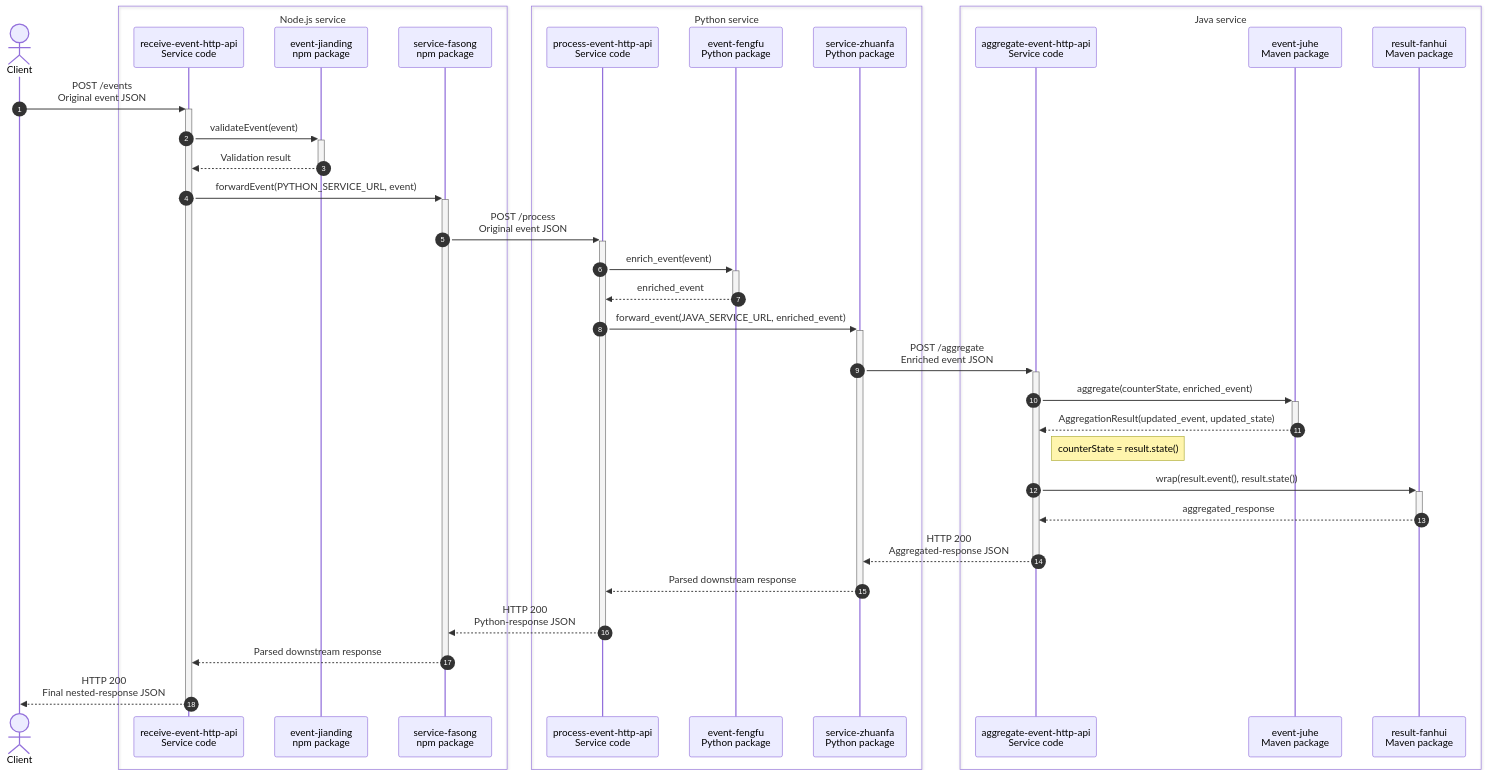
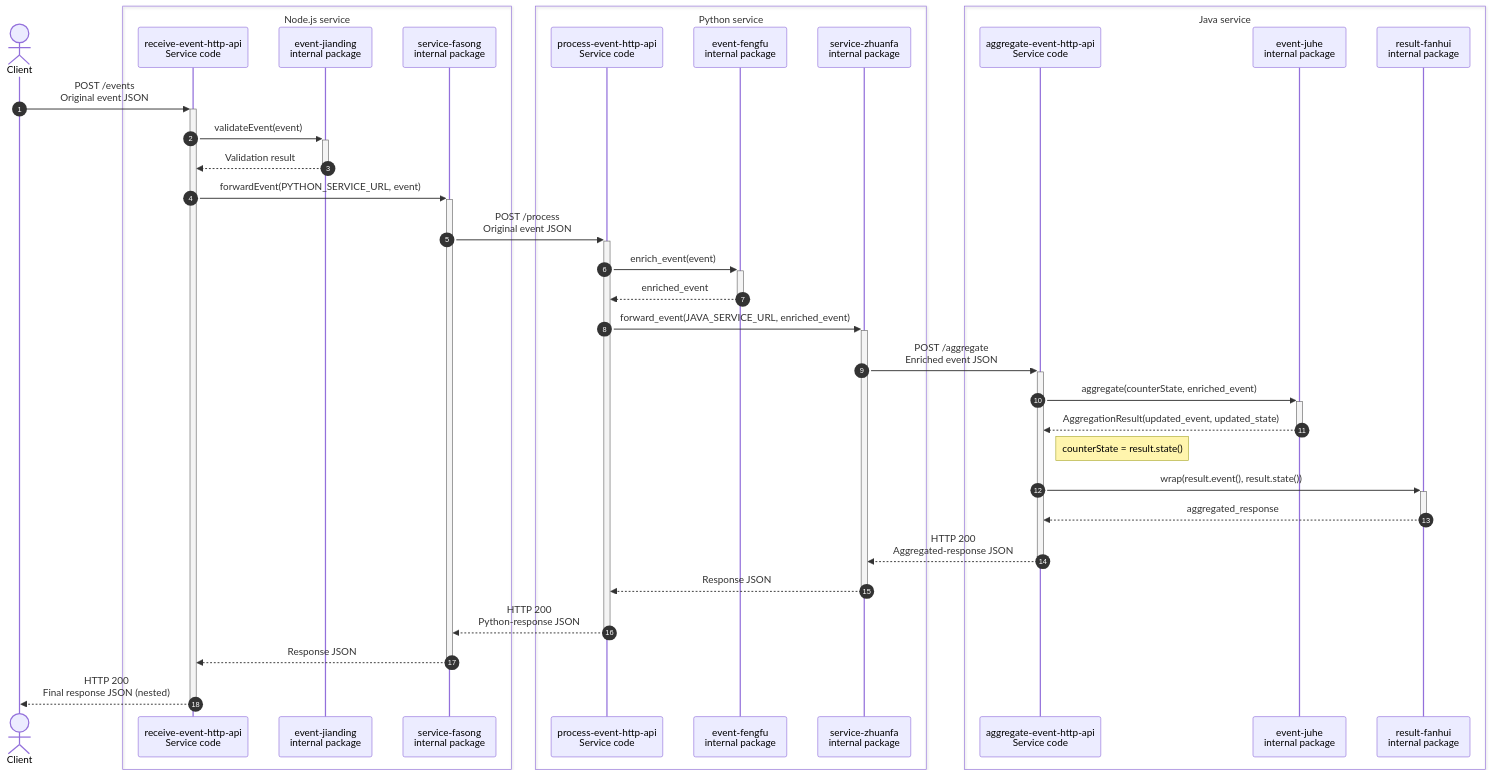
The diagram in sequence_diagram_code.mmd (shirley1997/MS_test_system), drawn with Mermaid before and after one commit.

Commit message:
update the sequence diagram

```diff
--- a/sequence_diagram_code.mmd
+++ b/sequence_diagram_code.mmd
@@ -1,51 +1,51 @@
 sequenceDiagram
     autonumber
     actor Client
 
     box Node.js service
         participant Node as receive-event-http-api<br/>Service code
-        participant Validate as event-jianding<br/>npm package
-        participant NodeForward as service-fasong<br/>npm package
+        participant Validate as event-jianding<br/>internal package
+        participant NodeForward as service-fasong<br/>internal package
     end
 
     box Python service
         participant Python as process-event-http-api<br/>Service code
-        participant Enrich as event-fengfu<br/>Python package
-        participant PyForward as service-zhuanfa<br/>Python package
+        participant Enrich as event-fengfu<br/>internal package
+        participant PyForward as service-zhuanfa<br/>internal package
     end
 
     box Java service
         participant Java as aggregate-event-http-api<br/>Service code
-        participant Aggregate as event-juhe<br/>Maven package
-        participant Response as result-fanhui<br/>Maven package
+        participant Aggregate as event-juhe<br/>internal package
+        participant Response as result-fanhui<br/>internal package
     end
 
     Client->>+Node: POST /events<br/>Original event JSON
 
     Node->>+Validate: validateEvent(event)
     Validate-->>-Node: Validation result
 
     Node->>+NodeForward: forwardEvent(PYTHON_SERVICE_URL, event)
     NodeForward->>+Python: POST /process<br/>Original event JSON
 
     Python->>+Enrich: enrich_event(event)
     Enrich-->>-Python: enriched_event
 
     Python->>+PyForward: forward_event(JAVA_SERVICE_URL, enriched_event)
     PyForward->>+Java: POST /aggregate<br/>Enriched event JSON
 
     Java->>+Aggregate: aggregate(counterState, enriched_event)
     Aggregate-->>-Java: AggregationResult(updated_event, updated_state)
 
     Note right of Java: counterState = result.state()
 
     Java->>+Response: wrap(result.event(), result.state())
     Response-->>-Java: aggregated_response
 
     Java-->>-PyForward: HTTP 200<br/>Aggregated-response JSON
-    PyForward-->>-Python: Parsed downstream response
+    PyForward-->>-Python: Response JSON
 
     Python-->>-NodeForward: HTTP 200<br/>Python-response JSON
-    NodeForward-->>-Node: Parsed downstream response
+    NodeForward-->>-Node: Response JSON
 
-    Node-->>-Client: HTTP 200<br/>Final nested-response JSON
+    Node-->>-Client: HTTP 200<br/>Final response JSON (nested)
```
